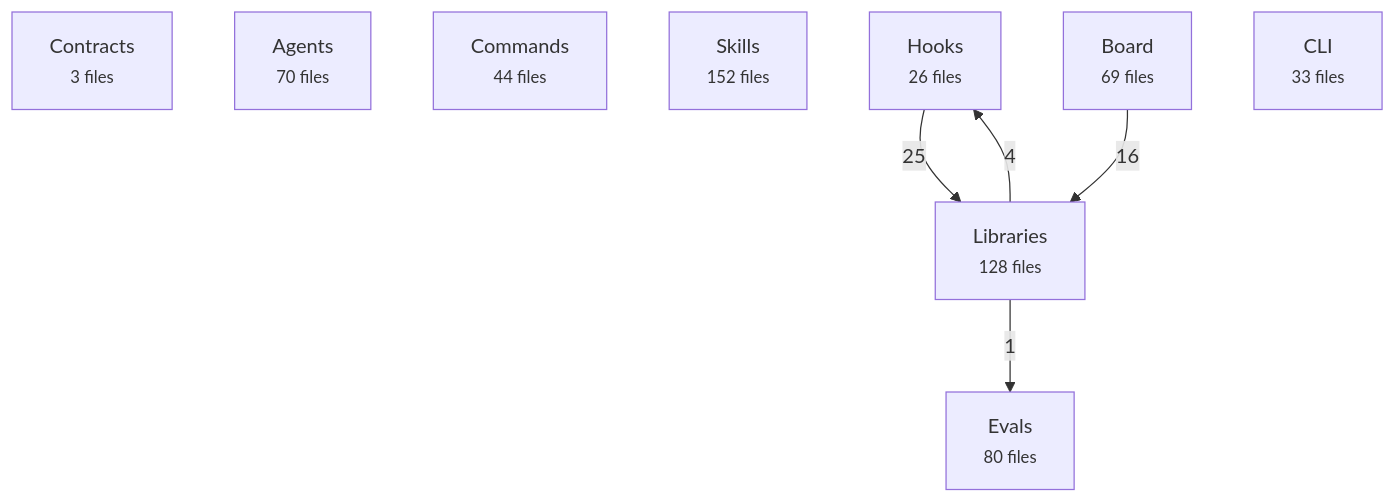
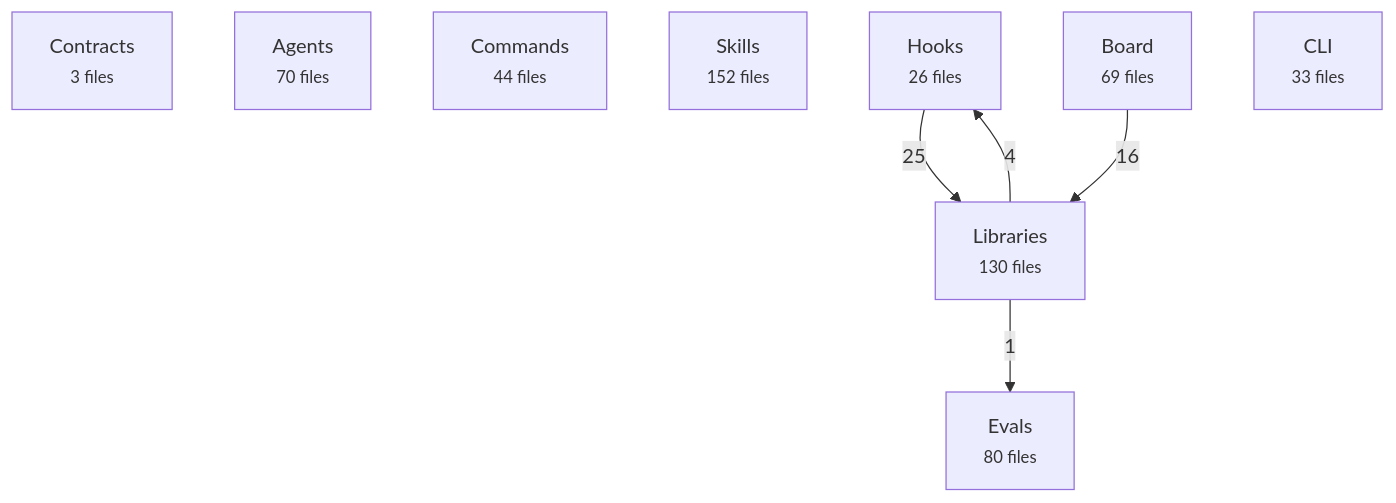
Before and after one commit to avelikiy/great_cto: the first of 2 diagrams in docs/reference/architecture-map.md, drawn with Mermaid. The commit also changed other lines of this file and 12 other files, not shown here.

````diff
--- a/docs/reference/architecture-map.md
+++ b/docs/reference/architecture-map.md
@@ -20,16 +20,16 @@
 ```mermaid
 flowchart TD
   contracts["Contracts<br/><small>3 files</small>"]
   agents["Agents<br/><small>70 files</small>"]
   commands["Commands<br/><small>44 files</small>"]
   skills["Skills<br/><small>152 files</small>"]
   hooks["Hooks<br/><small>26 files</small>"]
-  libs["Libraries<br/><small>128 files</small>"]
+  libs["Libraries<br/><small>130 files</small>"]
   board["Board<br/><small>69 files</small>"]
   cli["CLI<br/><small>33 files</small>"]
   evals["Evals<br/><small>80 files</small>"]
   hooks -->|25| libs
   board -->|16| libs
   libs -->|4| hooks
   libs -->|1| evals
 ```
````
